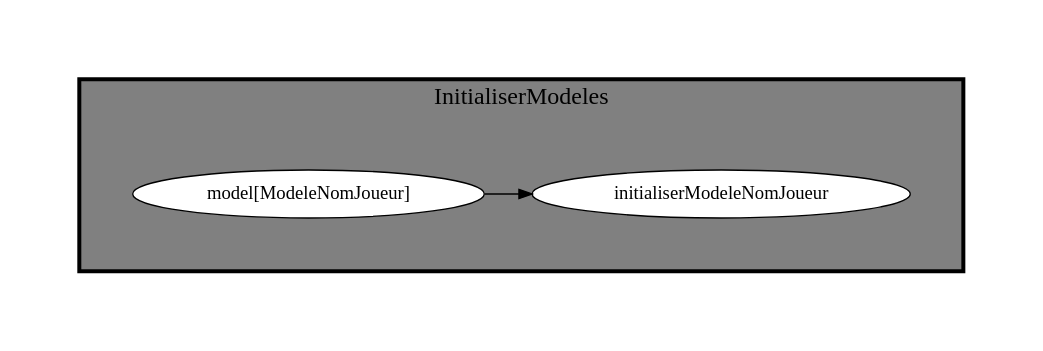
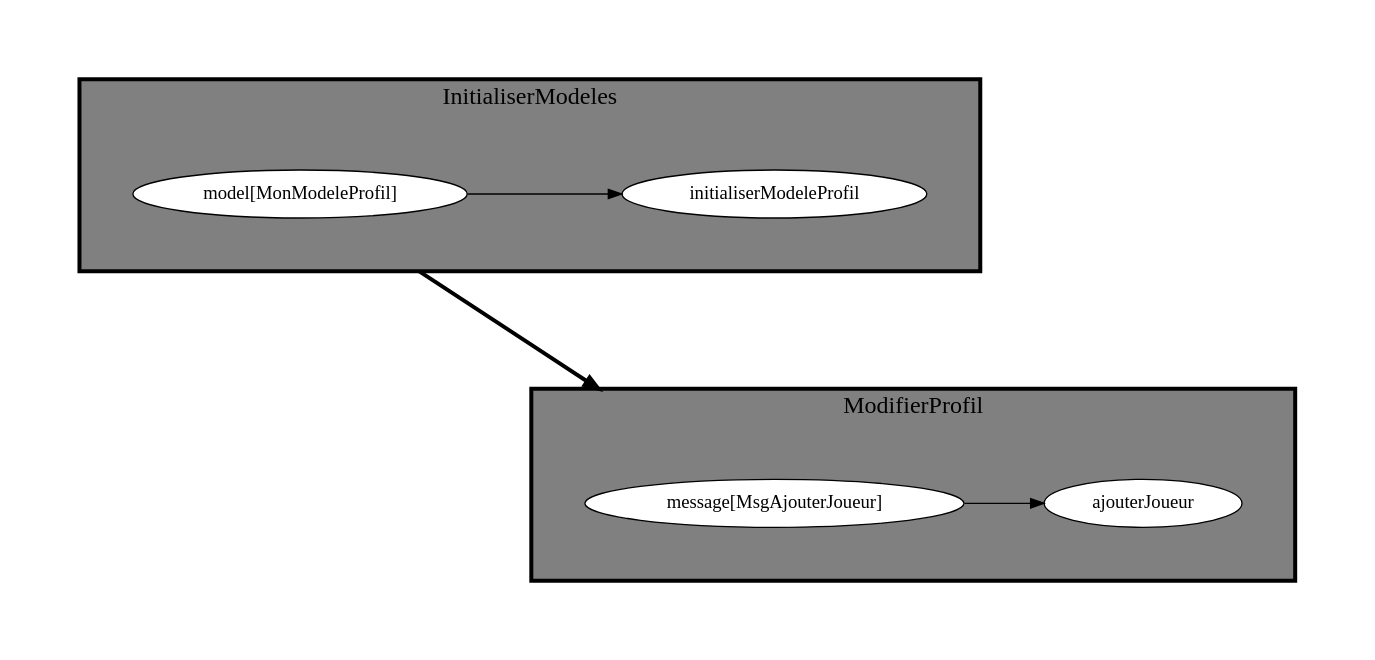
Before and after one commit to DzMahdi/4f5: the diagram in mon_projet/MON_JEU/_storage/graphs/backend.dot, drawn with Graphviz. The commit also changed 88 other files, not shown here.

```diff
--- a/mon_projet/MON_JEU/_storage/graphs/backend.dot
+++ b/mon_projet/MON_JEU/_storage/graphs/backend.dot
@@ -1,15 +1,27 @@
 digraph "backend" {
 edge ["dir"="forward"]
 graph ["rankdir"="LR","compound"="true","overlap"="false"]
 subgraph "cluster_InitialiserModeles__container" {
 edge ["dir"="none"]
 graph ["margin"="40","style"="invis"]
 subgraph "cluster_InitialiserModeles" {
 edge ["dir"="forward"]
 graph ["rankdir"="LR","label"="InitialiserModeles","style"="filled","fillcolor"="gray","penwidth"="3.0","fontsize"="18.0"]
-"InitialiserModeles_model[ModeleNomJoueur]" ["label"="model[ModeleNomJoueur]","style"="filled","fillcolor"="white"]
-"InitialiserModeles_initialiserModeleNomJoueur" ["label"="initialiserModeleNomJoueur","style"="filled","fillcolor"="white"]
+"InitialiserModeles_model[MonModeleProfil]" ["label"="model[MonModeleProfil]","style"="filled","fillcolor"="white"]
+"InitialiserModeles_initialiserModeleProfil" ["label"="initialiserModeleProfil","style"="filled","fillcolor"="white"]
 }
 }
-"InitialiserModeles_model[ModeleNomJoueur]" -> "InitialiserModeles_initialiserModeleNomJoueur" ["label"=""]
+subgraph "cluster_ModifierProfil__container" {
+edge ["dir"="none"]
+graph ["margin"="40","style"="invis"]
+subgraph "cluster_ModifierProfil" {
+edge ["dir"="forward"]
+graph ["rankdir"="LR","label"="ModifierProfil","style"="filled","fillcolor"="gray","penwidth"="3.0","fontsize"="18.0"]
+"ModifierProfil_message[MsgAjouterJoueur]" ["label"="message[MsgAjouterJoueur]","style"="filled","fillcolor"="white"]
+"ModifierProfil_ajouterJoueur" ["label"="ajouterJoueur","style"="filled","fillcolor"="white"]
 }
+}
+"InitialiserModeles_model[MonModeleProfil]" -> "InitialiserModeles_initialiserModeleProfil" ["label"=""]
+"InitialiserModeles_model[MonModeleProfil]" -> "ModifierProfil_message[MsgAjouterJoueur]" ["label"="","ltail"="cluster_InitialiserModeles","lhead"="cluster_ModifierProfil","penwidth"="3"]
+"ModifierProfil_message[MsgAjouterJoueur]" -> "ModifierProfil_ajouterJoueur" ["label"=""]
+}
```
